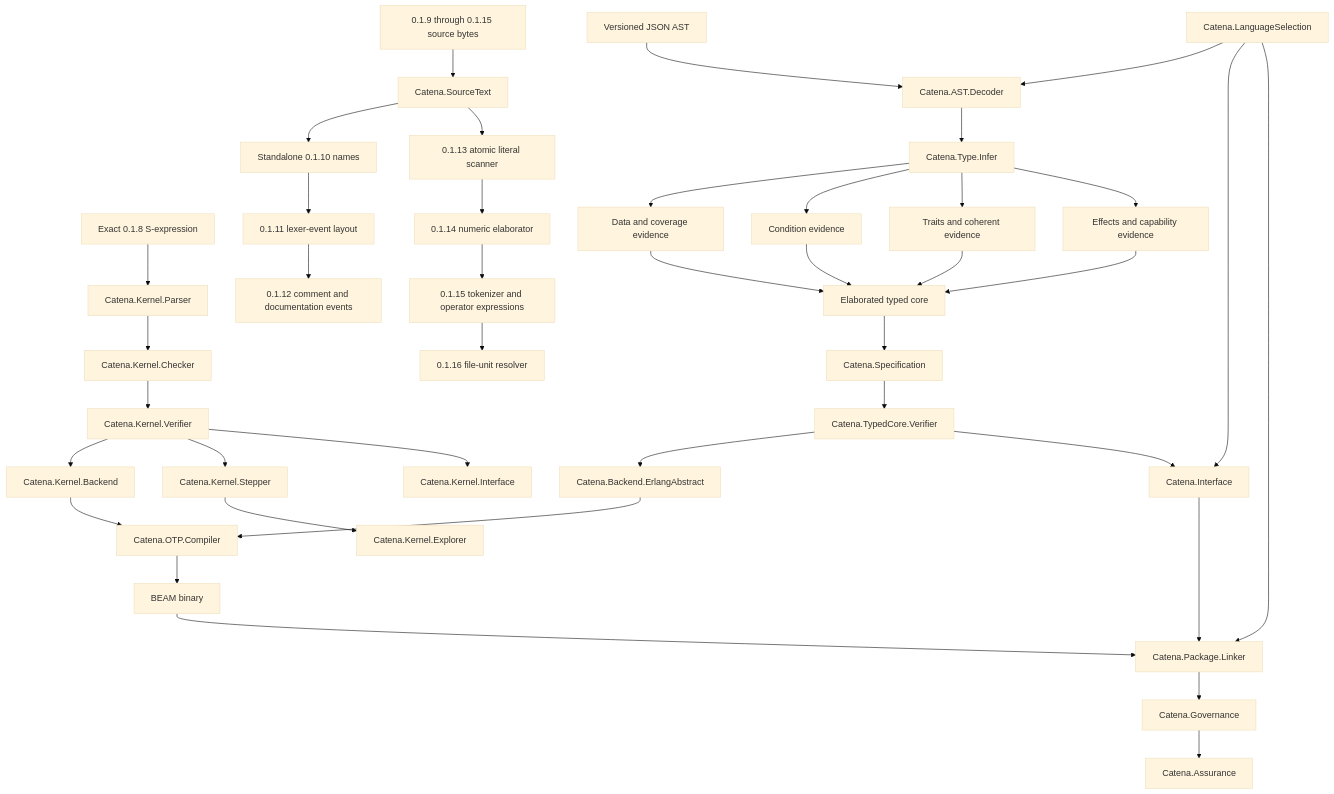
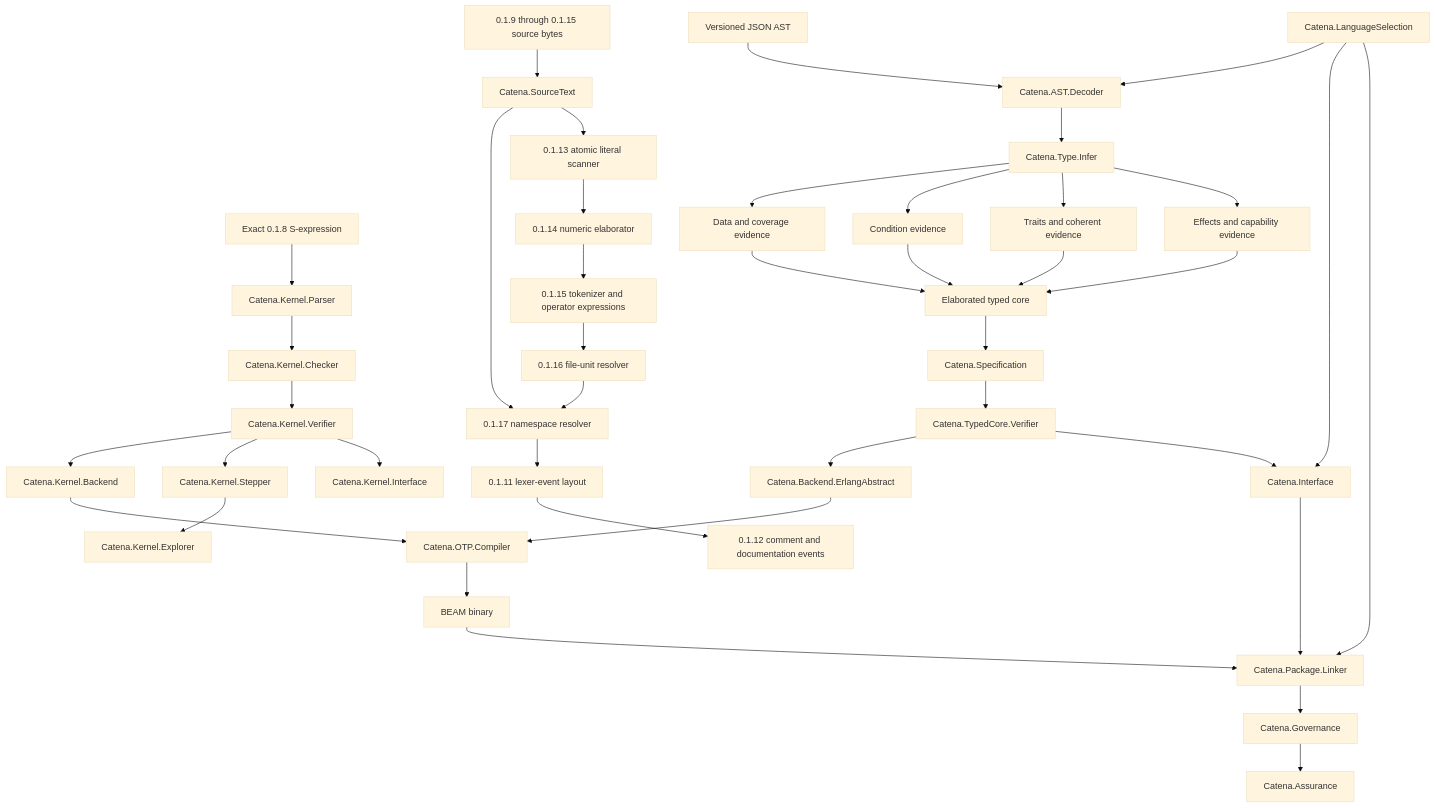
Before and after one commit to pcharbon70/catena: the diagram in guides/development/compiler-architecture.md, drawn with Mermaid (base theme). The commit also changed other lines of this file and 26 other files, not shown here.

````diff
--- a/guides/development/compiler-architecture.md
+++ b/guides/development/compiler-architecture.md
@@ -46,43 +46,44 @@
 ```mermaid
 flowchart TD
     JSON[Versioned JSON AST] --> Decoder[Catena.AST.Decoder]
     Kernel[Exact 0.1.8 S-expression] --> KParser[Catena.Kernel.Parser]
     Source[0.1.9 through 0.1.15 source bytes] --> SourceText[Catena.SourceText]
     SourceText --> Names[Standalone 0.1.10 names]
     Names --> Layout[0.1.11 lexer-event layout]
     Layout --> Comments[0.1.12 comment and documentation events]
     SourceText --> Literals[0.1.13 atomic literal scanner]
     Literals --> Numeric[0.1.14 numeric elaborator]
     Numeric --> Tokens[0.1.15 tokenizer and operator expressions]
     Tokens --> FileUnits[0.1.16 file-unit resolver]
+    FileUnits --> Names[0.1.17 namespace resolver]
     Selection[Catena.LanguageSelection] --> Decoder
     Decoder --> Infer[Catena.Type.Infer]
     Infer --> Data[Data and coverage evidence]
     Infer --> Cond[Condition evidence]
     Infer --> Cat[Traits and coherent evidence]
     Infer --> FX[Effects and capability evidence]
     Data --> Core[Elaborated typed core]
     Cond --> Core
     Cat --> Core
     FX --> Core
     Core --> Spec[Catena.Specification]
     Spec --> Verify[Catena.TypedCore.Verifier]
     Verify --> Backend[Catena.Backend.ErlangAbstract]
     Backend --> OTP[Catena.OTP.Compiler]
     OTP --> Beam[BEAM binary]
     Verify --> Interface[Catena.Interface]
     KParser --> KCheck[Catena.Kernel.Checker]
     KCheck --> KVerify[Catena.Kernel.Verifier]
     KVerify --> KBackend[Catena.Kernel.Backend]
     KVerify --> Stepper[Catena.Kernel.Stepper]
     Stepper --> Explorer[Catena.Kernel.Explorer]
     KBackend --> OTP
     KVerify --> KInterface[Catena.Kernel.Interface]
 
     Beam --> Linker[Catena.Package.Linker]
     Interface --> Linker
     Selection --> Interface
     Selection --> Linker
     Linker --> Governance[Catena.Governance]
     Governance --> Assurance[Catena.Assurance]
 ```
````
